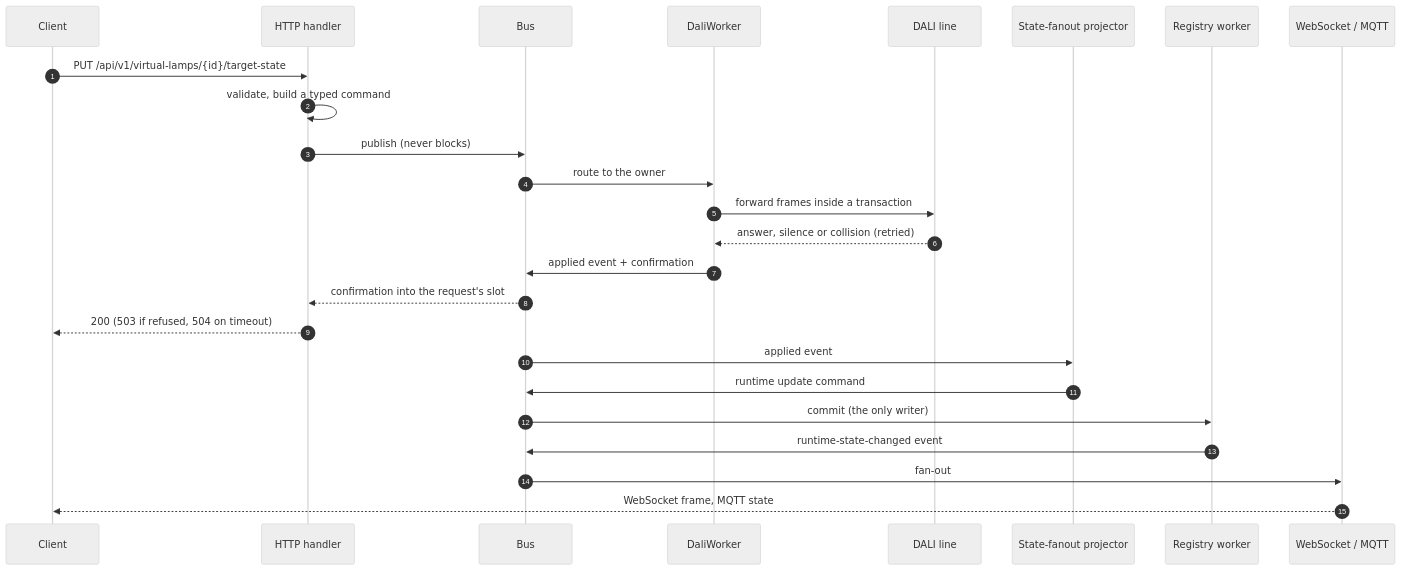
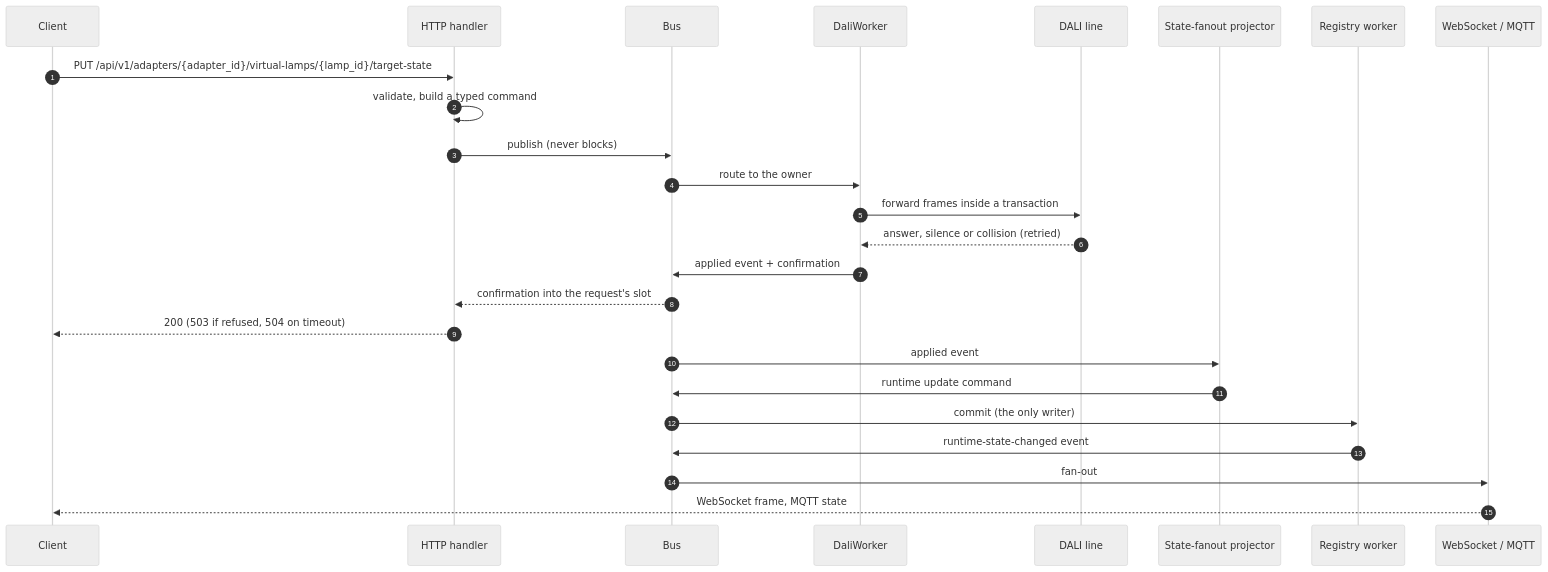
The diagram in README.md (ishergin/oxidali), drawn with Mermaid (neutral theme) before and after one commit. The commit also changed other lines of this file and 9 other files, not shown here.

````diff
--- a/README.md
+++ b/README.md
@@ -172,28 +173,28 @@
 ```mermaid
 sequenceDiagram
   autonumber
   participant C as Client
   participant H as HTTP handler
   participant B as Bus
   participant W as DaliWorker
   participant L as DALI line
   participant F as State-fanout projector
   participant R as Registry worker
   participant O as WebSocket / MQTT
 
-  C->>H: PUT /api/v1/virtual-lamps/{id}/target-state
+  C->>H: PUT /api/v1/adapters/{adapter_id}/virtual-lamps/{lamp_id}/target-state
   H->>H: validate, build a typed command
   H->>B: publish (never blocks)
   B->>W: route to the owner
   W->>L: forward frames inside a transaction
   L-->>W: answer, silence or collision (retried)
   W->>B: applied event + confirmation
   B-->>H: confirmation into the request's slot
   H-->>C: 200 (503 if refused, 504 on timeout)
   B->>F: applied event
   F->>B: runtime update command
   B->>R: commit (the only writer)
   R->>B: runtime-state-changed event
   B->>O: fan-out
   O-->>C: WebSocket frame, MQTT state
 ```
````
